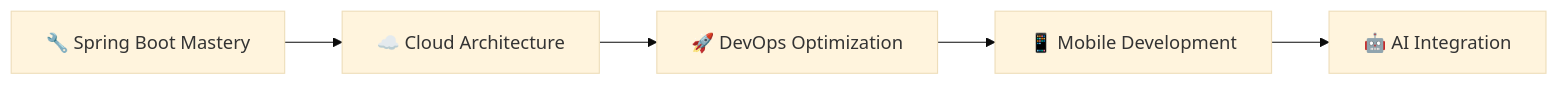
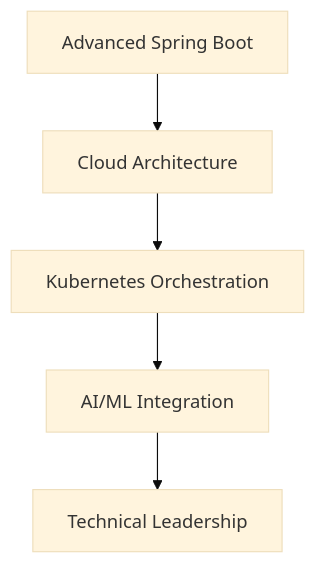
The diagram in README.md (ndeanka/ndeanka), drawn with Mermaid (base theme) before and after one commit. The commit also changed other lines of this file, not shown here.

````diff
--- a/README.md
+++ b/README.md
@@ -183,7 +194,7 @@
 ```mermaid
-graph LR
-    A[🔧 Spring Boot Mastery] --> B[☁️ Cloud Architecture]
-    B --> C[🚀 DevOps Optimization]
-    C --> D[📱 Mobile Development]
-    D --> E[🤖 AI Integration]
+graph TD
+    A[Advanced Spring Boot] --> B[Cloud Architecture]
+    B --> C[Kubernetes Orchestration]
+    C --> D[AI/ML Integration]
+    D --> E[Technical Leadership]
 ```
````
